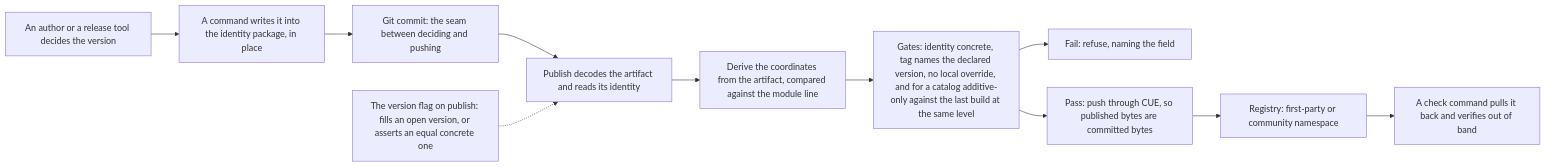
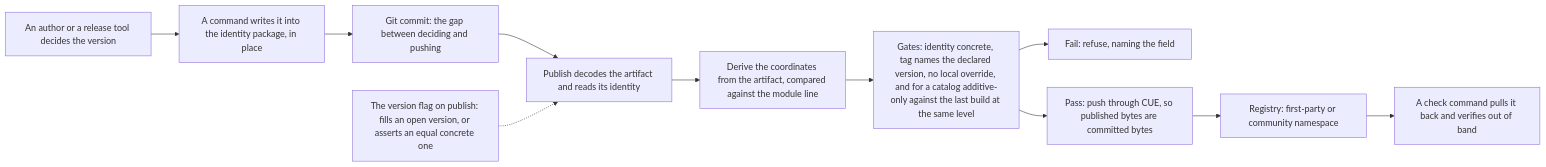
One commit to open-platform-model/enhancements changed the diagram in archive/0011/README.md. Above: the diagram before and after it, drawn with Mermaid. The commit also changed other lines of this file and 13 other files, not shown here.

````diff
--- a/archive/0011/README.md
+++ b/archive/0011/README.md
@@ -21,13 +21,13 @@
 ```mermaid
 flowchart LR
     decide["An author or a release tool decides the version"] --> vset["A command writes it into the identity package, in place"]
-    vset --> commit["Git commit: the seam between deciding and pushing"]
+    vset --> commit["Git commit: the gap between deciding and pushing"]
     commit --> publish["Publish decodes the artifact and reads its identity"]
     flag["The version flag on publish: fills an open version, or asserts an equal concrete one"] -.-> publish
     publish --> derive["Derive the coordinates from the artifact, compared against the module line"]
     derive --> gates["Gates: identity concrete, tag names the declared version, no local override, and for a catalog additive-only against the last build at the same level"]
     gates --> refuse["Fail: refuse, naming the field"]
     gates --> push["Pass: push through CUE, so published bytes are committed bytes"]
     push --> registry["Registry: first-party or community namespace"]
     registry --> check["A check command pulls it back and verifies out of band"]
 ```
````
